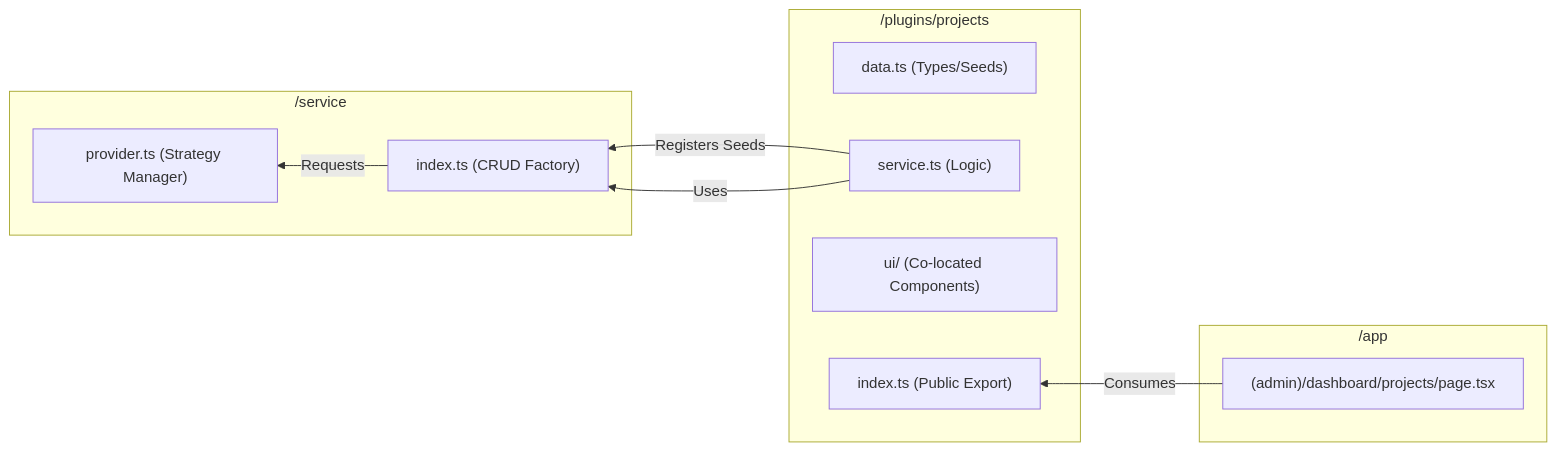
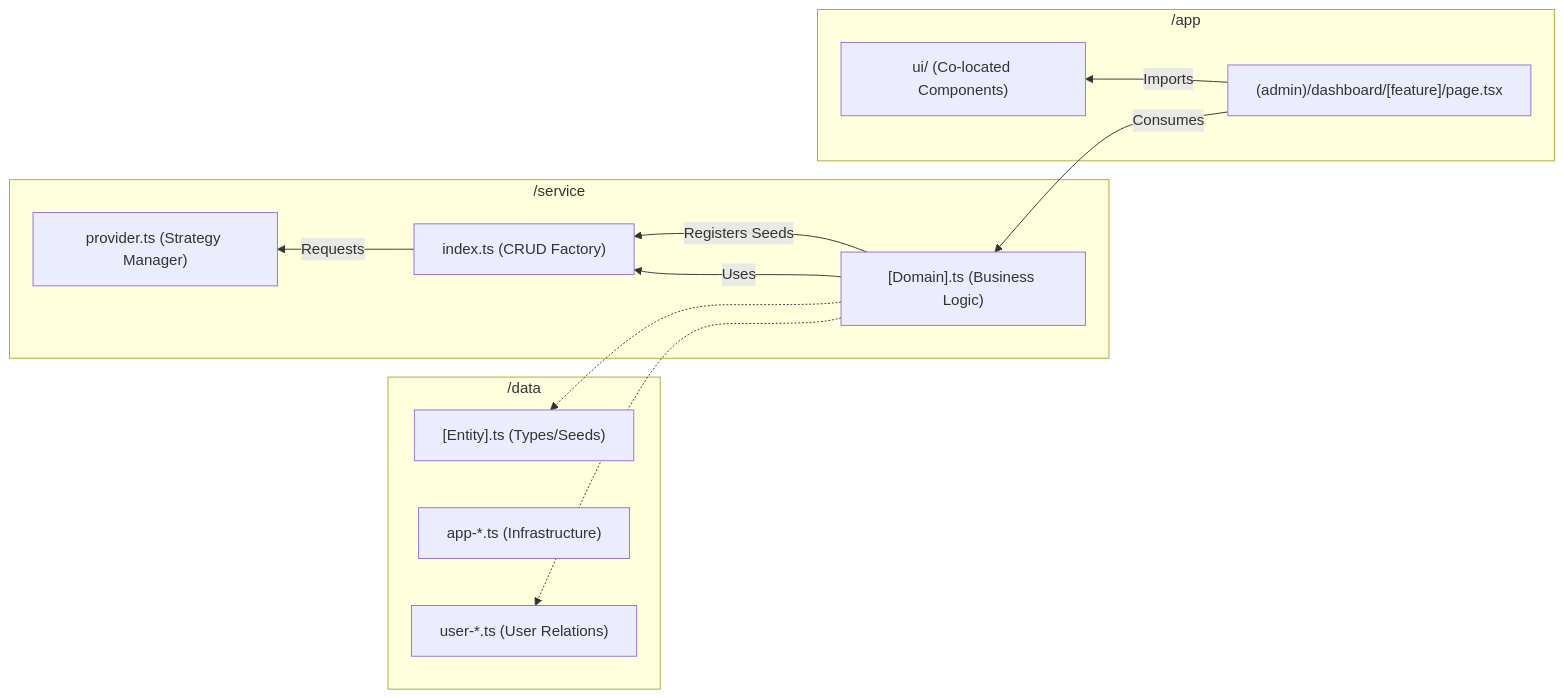
Before and after one commit to EduardoU24/AI-Template: the first of 2 diagrams in docs/data-api-architecture-diagram.md, drawn with Mermaid. The commit also changed other lines of this file and 18 other files, not shown here.

````diff
--- a/docs/data-api-architecture-diagram.md
+++ b/docs/data-api-architecture-diagram.md
@@ -6,23 +7,29 @@
 ```mermaid
 graph RL
-    subgraph Plugin_Pod ["/plugins/projects"]
-        Data["data.ts (Types/Seeds)"]
-        Srv["service.ts (Logic)"]
-        UI["ui/ (Co-located Components)"]
-        Idx["index.ts (Public Export)"]
+    subgraph Data_Tier ["/data"]
+        Entities["[Entity].ts (Types/Seeds)"]
+        Configs["app-*.ts (Infrastructure)"]
+        Relations["user-*.ts (User Relations)"]
     end
 
-    subgraph Core_Services ["/service"]
+    subgraph Service_Layer ["/service"]
         Base["index.ts (CRUD Factory)"]
         Provider["provider.ts (Strategy Manager)"]
+        DomainSrv["[Domain].ts (Business Logic)"]
     end
 
     subgraph App_Router ["/app"]
-        Page["(admin)/dashboard/projects/page.tsx"]
+        Page["(admin)/dashboard/[feature]/page.tsx"]
+        UI["ui/ (Co-located Components)"]
     end
 
-    Srv -- "Registers Seeds" --> Base
-    Page -- "Consumes" --> Idx
-    Srv -- "Uses" --> Base
+    DomainSrv -- "Registers Seeds" --> Base
+    DomainSrv -- "Uses" --> Base
     Base -- "Requests" --> Provider
+    
+    Page -- "Consumes" --> DomainSrv
+    Page -- "Imports" --> UI
+    
+    DomainSrv -.-> Entities
+    DomainSrv -.-> Relations
 ```
````
